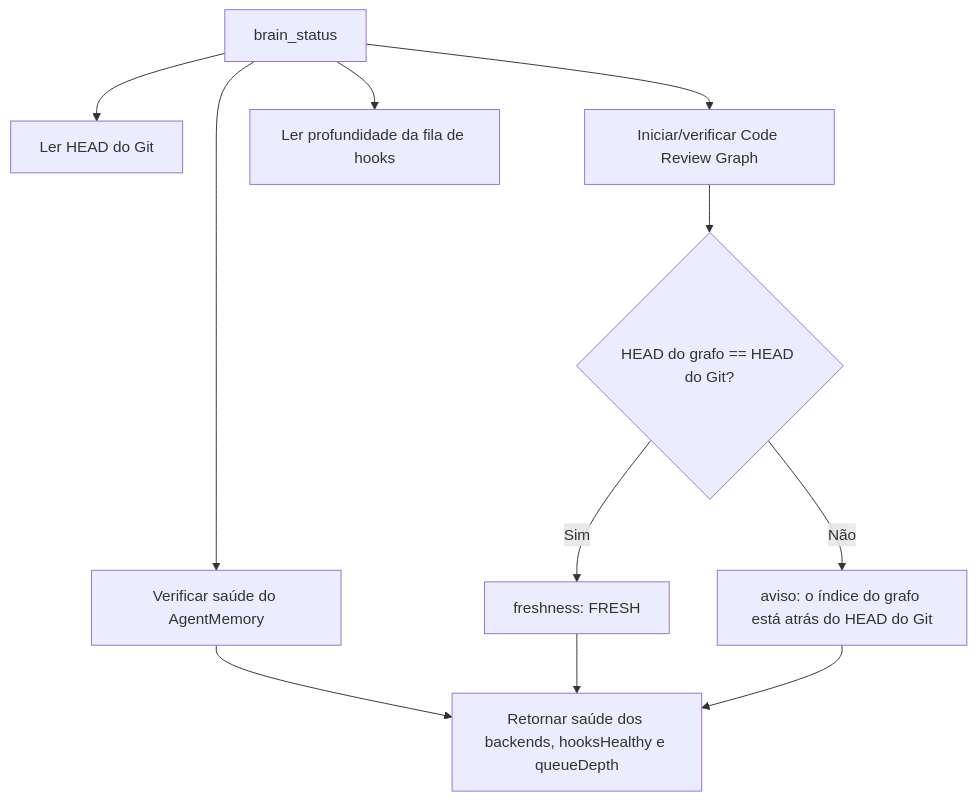
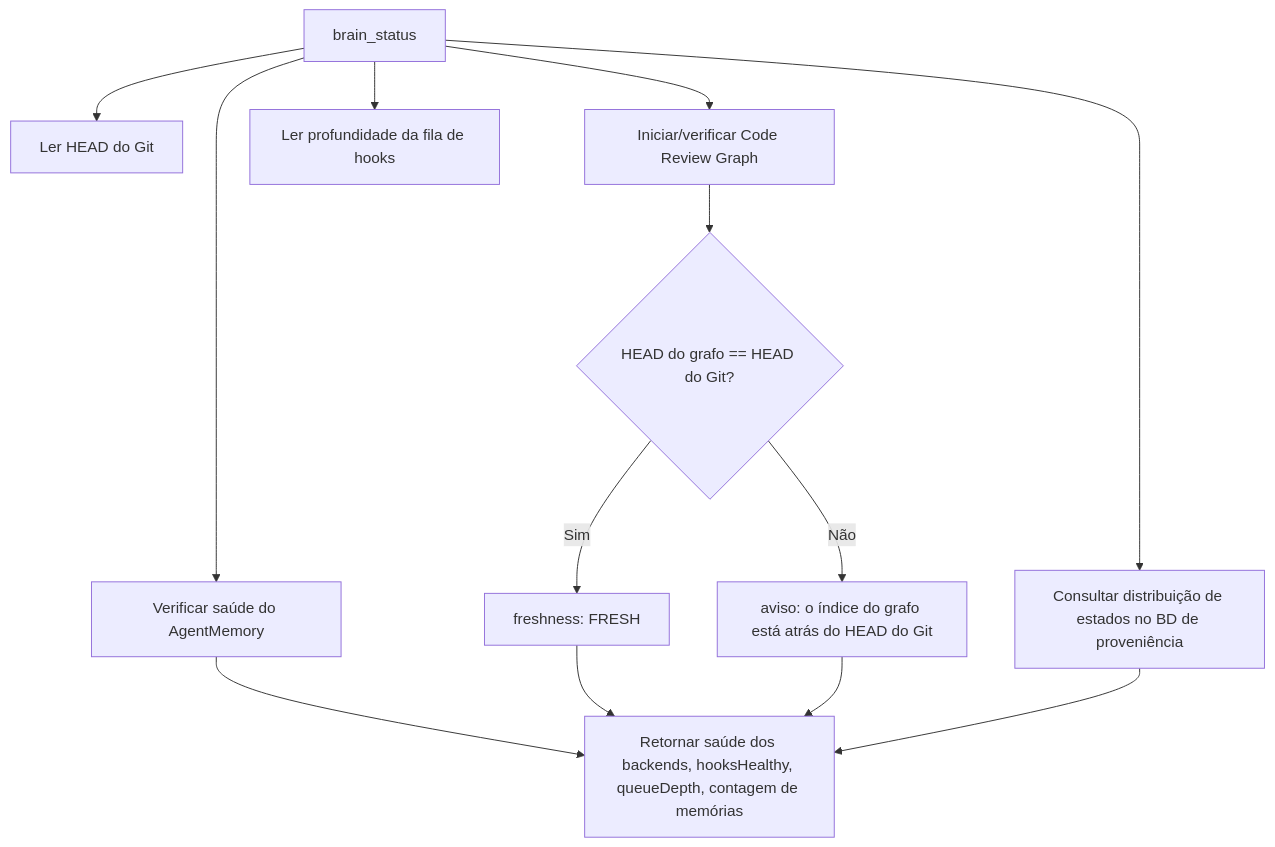
The seventh of 10 diagrams in README-ptbr.md (RaffaHr/mega-brain-mcp), drawn with Mermaid before and after one commit. The commit also changed other lines of this file and 1 other file, not shown here.

````diff
--- a/README-ptbr.md
+++ b/README-ptbr.md
@@ -615,25 +563,15 @@
 ```mermaid
-
 flowchart TD
-
 A["brain_status"] --> B["Ler HEAD do Git"]
-
 A --> C["Verificar saúde do AgentMemory"]
-
 A --> D["Iniciar/verificar Code Review Graph"]
-
 A --> E["Ler profundidade da fila de hooks"]
-
-D --> F{"HEAD do grafo == HEAD do Git?"}
-
-F -->|Sim| G["freshness: FRESH"]
-
-F -->|Não| H["aviso: o índice do grafo está atrás do HEAD do Git"]
-
-C --> I["Retornar saúde dos backends, hooksHealthy e queueDepth"]
-
-G --> I
-
-H --> I
-
+A --> F["Consultar distribuição de estados no BD de proveniência"]
+D --> G{"HEAD do grafo == HEAD do Git?"}
+G -->|Sim| H["freshness: FRESH"]
+G -->|Não| I["aviso: o índice do grafo está atrás do HEAD do Git"]
+C --> J["Retornar saúde dos backends, hooksHealthy, queueDepth, contagem de memórias"]
+H --> J
+I --> J
+F --> J
 ```
````
